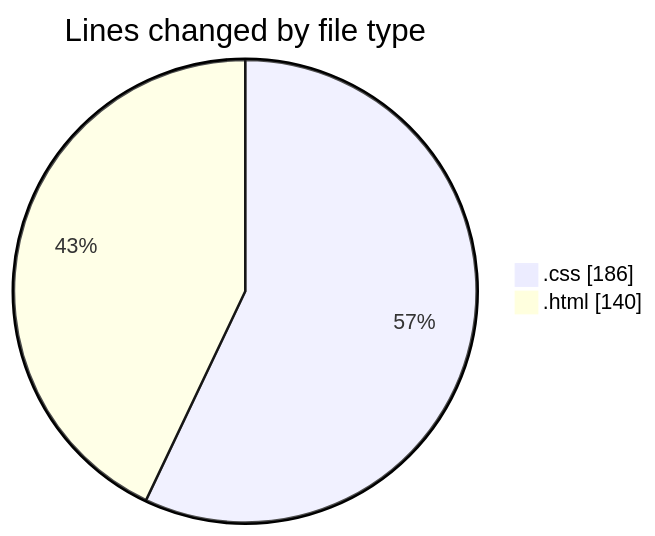
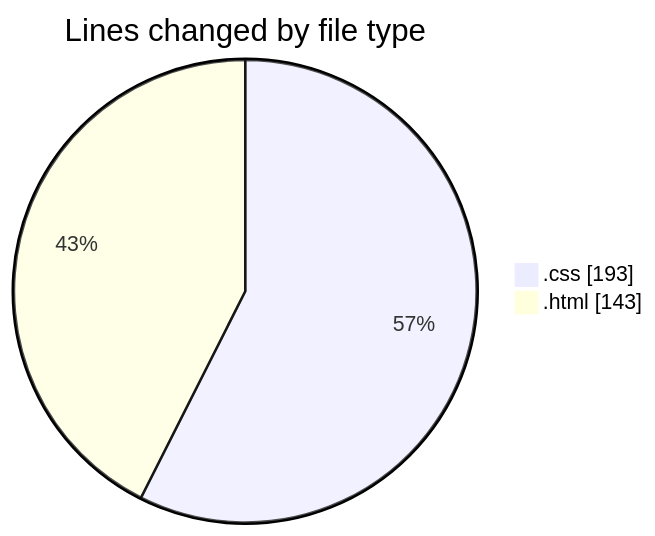
Before and after one commit to NitaiMahat/code-tracking: the first of 2 diagrams in 2025-02-07/recipe-page-main/README.md, drawn with Mermaid. The commit also changed other lines of this file and 1 other file, not shown here.

````diff
--- a/2025-02-07/recipe-page-main/README.md
+++ b/2025-02-07/recipe-page-main/README.md
@@ -21,6 +21,6 @@
 ```mermaid
 pie showData
 title Lines changed by file type
-".css" : 186
-".html" : 140
+".css" : 193
+".html" : 143
 ```
````
